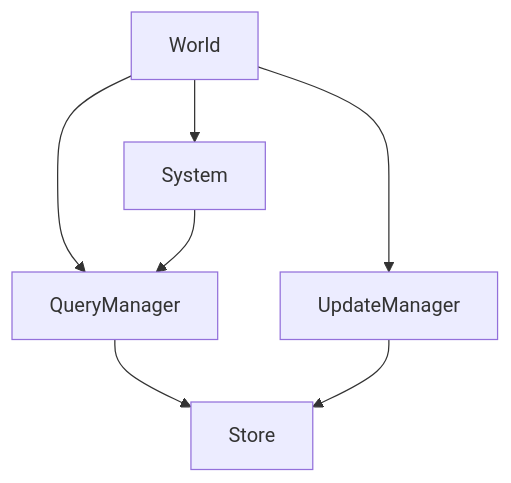
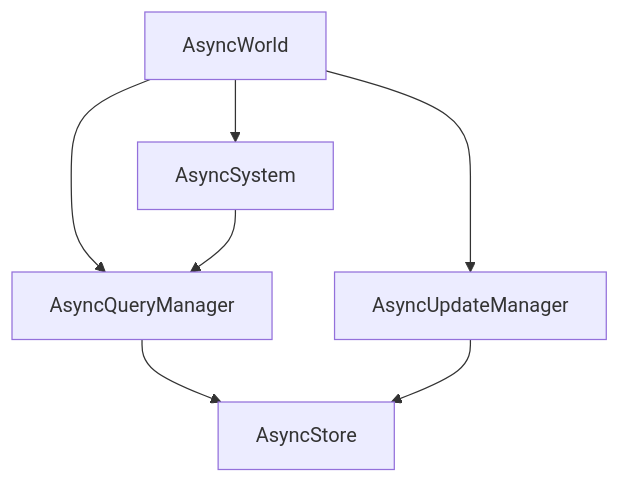
Before and after one commit to VangelisTech/archetype: the first of 3 diagrams in docs/guide/architecture.md, drawn with Mermaid. The commit also changed other lines of this file and 64 other files, not shown here.

````diff
--- a/docs/guide/architecture.md
+++ b/docs/guide/architecture.md
@@ -25,15 +25,15 @@
 ```mermaid
 graph TB
-    World["World"]
-    System["System"]
-    QM["QueryManager"]
-    UM["UpdateManager"]
-    Store["Store"]
+    World["AsyncWorld"]
+    System["AsyncSystem"]
+    QM["AsyncQueryManager"]
+    UM["AsyncUpdateManager"]
+    Store["AsyncStore"]
 
     World --> System
     World --> QM
     World --> UM
     System --> QM
     QM --> Store
     UM --> Store
 ```
````
